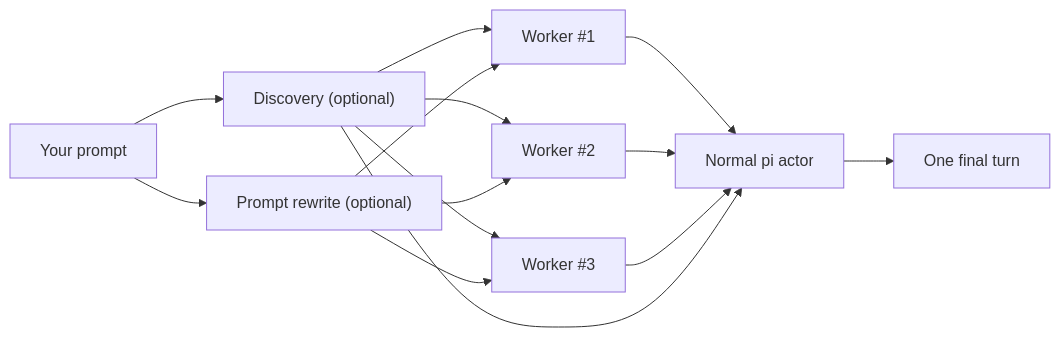
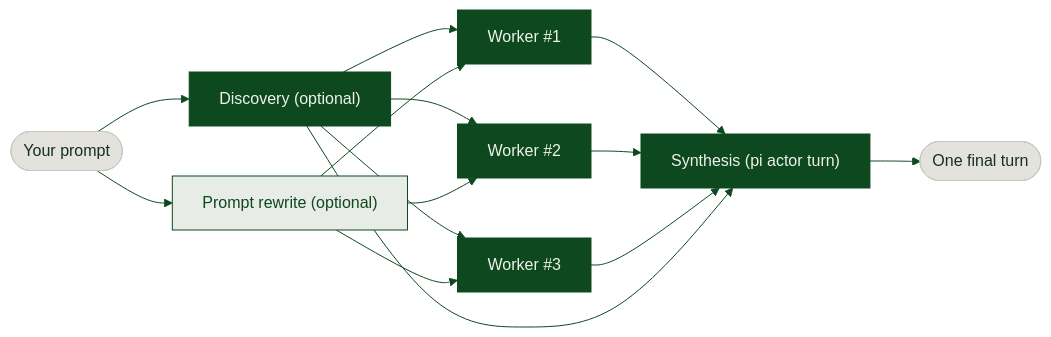
One commit to leblancfg/pi-fusion changed the diagram in README.md. Above: the diagram before and after it, drawn with Mermaid. The commit also changed other lines of this file and 21 other files, not shown here.

````diff
--- a/README.md
+++ b/README.md
@@ -54,16 +54,23 @@
 ```mermaid
+%%{init: {"theme":"base","themeVariables":{"fontFamily":"Inter, system-ui, sans-serif","lineColor":"#0E481F","primaryColor":"#0E481F","primaryTextColor":"#EEF3EA","primaryBorderColor":"#0E481F"}}}%%
 flowchart LR
-  U[Your prompt] --> D["Discovery (optional)"]
+  U([Your prompt]) --> D["Discovery (optional)"]
   U --> R["Prompt rewrite (optional)"]
   D --> W1[Worker #1]
   D --> W2[Worker #2]
   D --> W3[Worker #3]
   R --> W1
   R --> W2
   R --> W3
-  W1 --> A[Normal pi actor]
+  W1 --> A["Synthesis (pi actor turn)"]
   W2 --> A
   W3 --> A
   D --> A
-  A --> O[One final turn]
+  A --> O([One final turn])
+  classDef solid fill:#0E481F,stroke:#0E481F,color:#EEF3EA;
+  classDef outline fill:#E7ECE6,stroke:#0E481F,color:#0E481F;
+  classDef pill fill:#E3E2DC,stroke:#C7C7C0,color:#16301F;
+  class U,O pill;
+  class D,W1,W2,W3,A solid;
+  class R outline;
 ```
````
